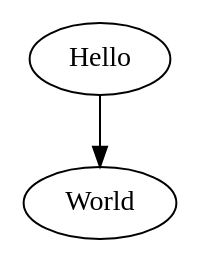
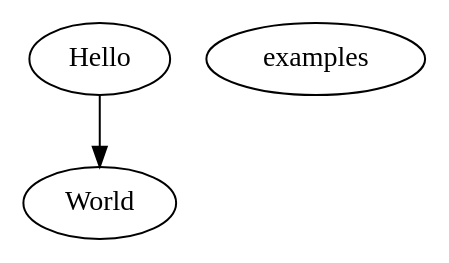
The diagram in examples/simple.dot (kareltucek/sane-graph-edit), drawn with Graphviz before and after one commit. The commit also changed 6 other files, not shown here.

First line of the commit message:
Examples: an index that leads to each of them, the help and the documentation

```diff
--- a/examples/simple.dot
+++ b/examples/simple.dot
@@ -1,5 +1,7 @@
 digraph g {
   n0 [label="Hello"; pos="0,0!"];
   n1 [label="World"; pos="200,0!"];
+  // gf on it goes back to the list of examples
+  index [label="examples"; pos="100,-120!"; link="index.dot:simple"; fillcolor="#F6EFC4"];
   n0 -> n1;
 }
```
